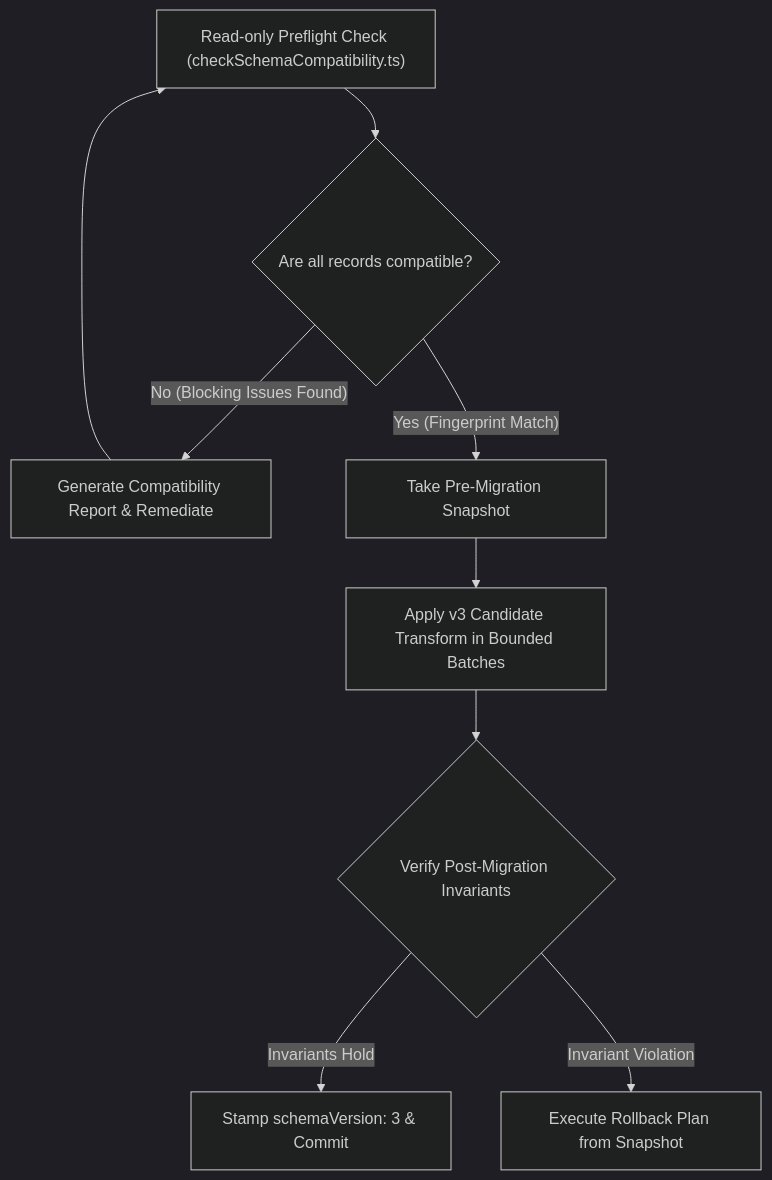
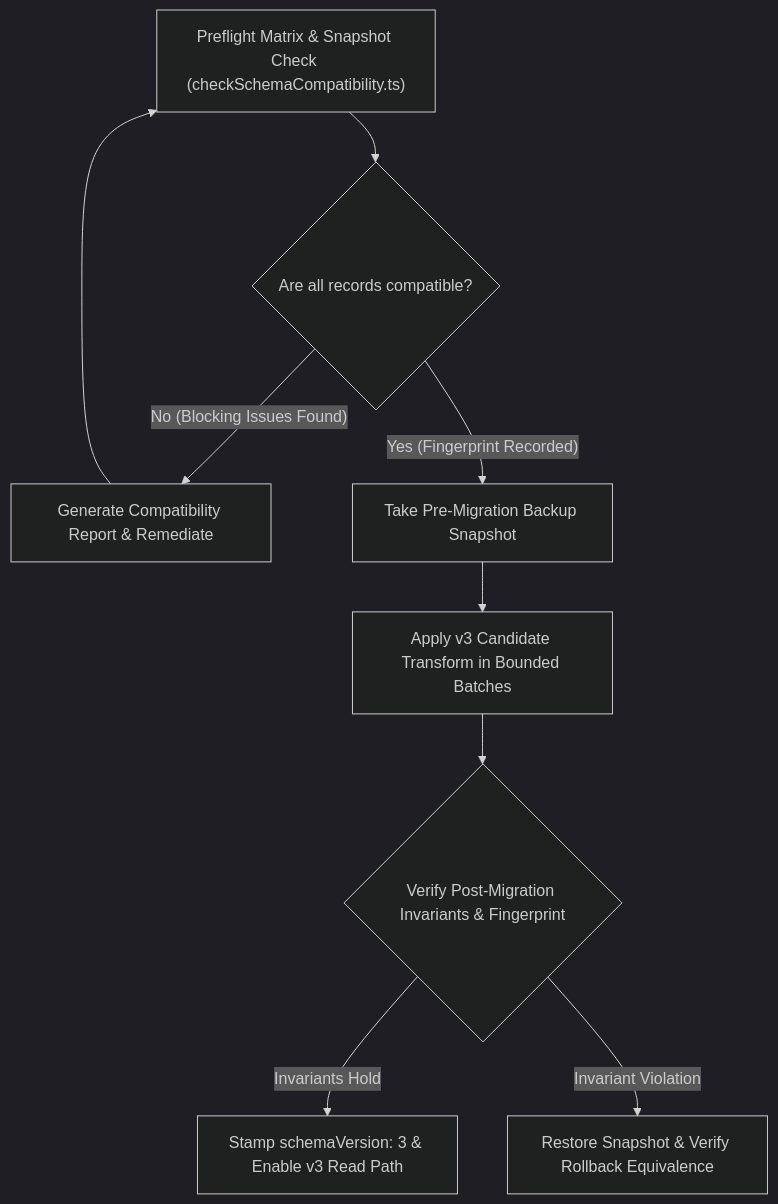
The diagram in docs/operations/versioned-migration-notes.md (Obiajulu-gif/Prompt-Hash-Stellar), drawn with Mermaid (dark theme) before and after one commit. The commit also changed other lines of this file and 10 other files, not shown here.

Commit message:
feat(schema): create schema migration compatibility matrix and fixtures

````diff
--- a/docs/operations/versioned-migration-notes.md
+++ b/docs/operations/versioned-migration-notes.md
@@ -45,11 +71,11 @@
 ```mermaid
 flowchart TD
-    Start["Read-only Preflight Check (checkSchemaCompatibility.ts)"] --> Assess{"Are all records compatible?"}
+    Start["Preflight Matrix & Snapshot Check (checkSchemaCompatibility.ts)"] --> Assess{"Are all records compatible?"}
     Assess -- "No (Blocking Issues Found)" --> Diagnostic["Generate Compatibility Report & Remediate"]
     Diagnostic --> Start
-    Assess -- "Yes (Fingerprint Match)" --> Snapshot["Take Pre-Migration Snapshot"]
+    Assess -- "Yes (Fingerprint Recorded)" --> Snapshot["Take Pre-Migration Backup Snapshot"]
     Snapshot --> BatchApply["Apply v3 Candidate Transform in Bounded Batches"]
-    BatchApply --> Verify{"Verify Post-Migration Invariants"}
-    Verify -- "Invariants Hold" --> Finalize["Stamp schemaVersion: 3 & Commit"]
-    Verify -- "Invariant Violation" --> Rollback["Execute Rollback Plan from Snapshot"]
+    BatchApply --> Verify{"Verify Post-Migration Invariants & Fingerprint"}
+    Verify -- "Invariants Hold" --> Finalize["Stamp schemaVersion: 3 & Enable v3 Read Path"]
+    Verify -- "Invariant Violation" --> Rollback["Restore Snapshot & Verify Rollback Equivalence"]
 ```
````
